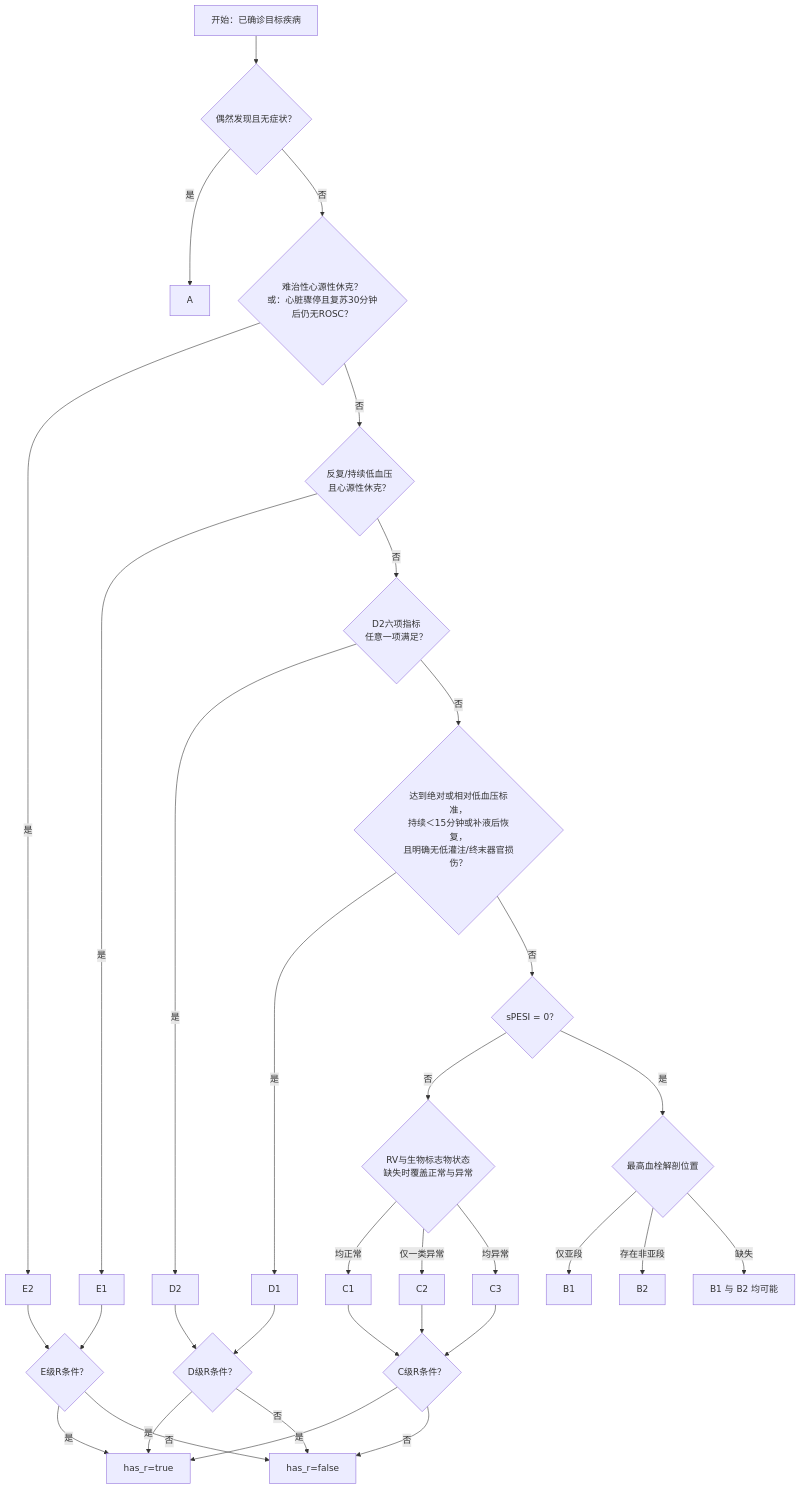
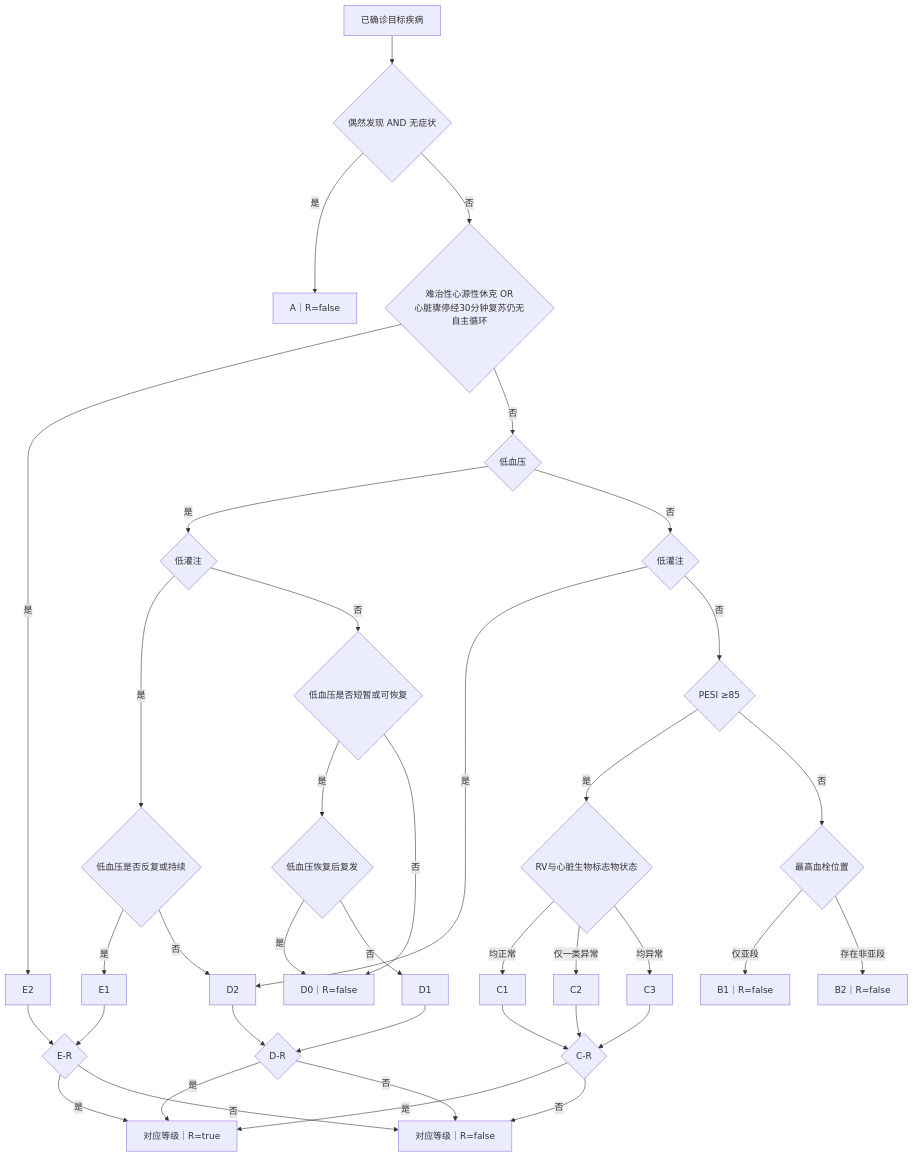
Before and after one commit to Flu0xetine/medi: the diagram in docs/规则引擎规范.md, drawn with Mermaid. The commit also changed other lines of this file and 73 other files, not shown here.

````diff
--- a/docs/规则引擎规范.md
+++ b/docs/规则引擎规范.md
@@ -352,44 +77,40 @@
 ```mermaid
 flowchart TD
-    S["开始：已确诊目标疾病"] --> AQ{"偶然发现且无症状？"}
-    AQ -- 是 --> A["A"]
-    AQ -- 否 --> E2Q{"难治性心源性休克？<br/>或：心脏骤停且复苏30分钟后仍无ROSC？"}
-
-    %% E：先判断最高危等级
+    S["已确诊目标疾病"] --> AQ{"偶然发现 AND 无症状"}
+    AQ -- 是 --> A["A｜R=false"]
+    AQ -- 否 --> E2Q{"难治性心源性休克 OR<br/>心脏骤停经30分钟复苏仍无自主循环"}
     E2Q -- 是 --> E2["E2"]
-    E2Q -- 否 --> E1Q{"反复/持续低血压<br/>且心源性休克？"}
+    E2Q -- 否 --> FQ{"低血压"}
+    FQ -- 是 --> L1{"低灌注"}
+    L1 -- 是 --> E1Q{"低血压是否反复或持续"}
     E1Q -- 是 --> E1["E1"]
-    E1Q -- 否 --> D2Q{"D2六项指标<br/>任意一项满足？"}
-
-    %% D：再判断血流动力学相关等级
-    D2Q -- 是 --> D2["D2"]
-    D2Q -- 否 --> D1Q{"达到绝对或相对低血压标准，<br/>持续＜15分钟或补液后恢复，<br/>且明确无低灌注/终末器官损伤？"}
-    D1Q -- 是 --> D1["D1"]
-    D1Q -- 否 --> SP{"sPESI = 0？"}
-
-    %% C/B：保持原判定逻辑，视觉顺序先C后B
-    SP -- 否 --> CSTAT{"RV与生物标志物状态<br/>缺失时覆盖正常与异常"}
-    CSTAT -- "均正常" --> C1["C1"]
-    CSTAT -- "仅一类异常" --> C2["C2"]
-    CSTAT -- "均异常" --> C3["C3"]
-
-    SP -- 是 --> BLOC{"最高血栓解剖位置"}
-    BLOC -- "仅亚段" --> B1["B1"]
-    BLOC -- "存在非亚段" --> B2["B2"]
-    BLOC -- "缺失" --> B12["B1 与 B2 均可能"]
-
-    C1 --> CR{"C级R条件？"}
+    E1Q -- 否 --> D2["D2"]
+    L1 -- 否 --> D1Q{"低血压是否短暂或可恢复"}
+    D1Q -- 是 --> RQ{"低血压恢复后复发"}
+    RQ -- 是 --> D0
+    RQ -- 否 --> D1["D1"]
+    D1Q -- 否 --> D0["D0｜R=false"]
+    FQ -- 否 --> L2{"低灌注"}
+    L2 -- 是 --> D2
+    L2 -- 否 --> PQ{"PESI ≥85"}
+    PQ -- 是 --> CQ{"RV与心脏生物标志物状态"}
+    CQ -- 均正常 --> C1["C1"]
+    CQ -- 仅一类异常 --> C2["C2"]
+    CQ -- 均异常 --> C3["C3"]
+    PQ -- 否 --> BQ{"最高血栓位置"}
+    BQ -- 仅亚段 --> B1["B1｜R=false"]
+    BQ -- 存在非亚段 --> B2["B2｜R=false"]
+    D1 --> DR{"D-R"}
+    D2 --> DR
+    E1 --> ER{"E-R"}
+    E2 --> ER
+    C1 --> CR{"C-R"}
     C2 --> CR
     C3 --> CR
-    D1 --> DR{"D级R条件？"}
-    D2 --> DR
-    E1 --> ER{"E级R条件？"}
-    E2 --> ER
-
-    CR -- 是 --> RT["has_r=true"]
-    CR -- 否 --> RF["has_r=false"]
-    DR -- 是 --> RT
-    DR -- 否 --> RF
+    DR -- 是 --> RT["对应等级｜R=true"]
+    DR -- 否 --> RF["对应等级｜R=false"]
     ER -- 是 --> RT
     ER -- 否 --> RF
+    CR -- 是 --> RT
+    CR -- 否 --> RF
 ```
````
